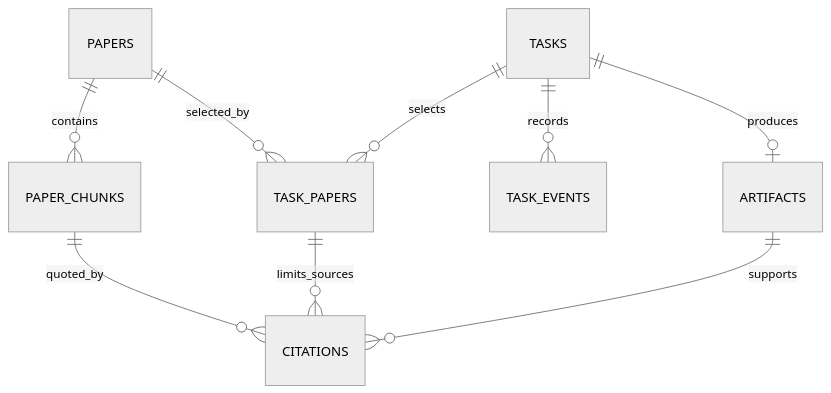
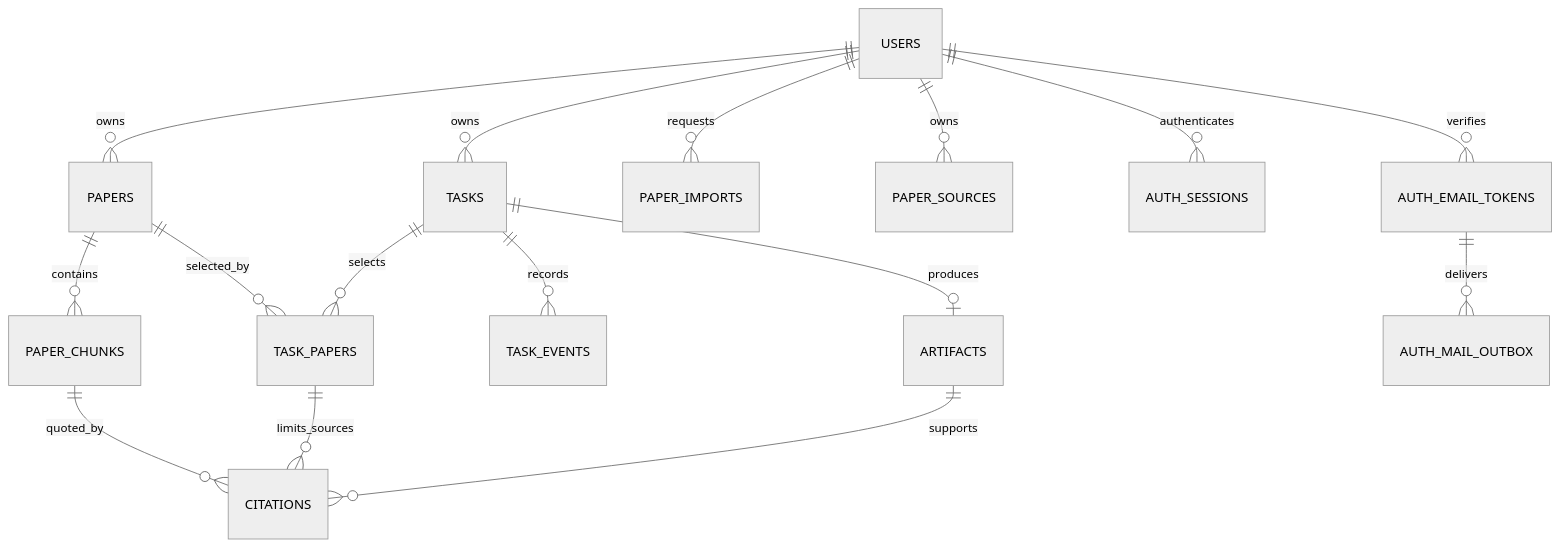
The diagram in docs/database-design.md (YuJian-63/ACS_Project-Literature-Research-Agent-Assistant), drawn with Mermaid (neutral theme) before and after one commit. The commit also changed other lines of this file and 49 other files, not shown here.

````diff
--- a/docs/database-design.md
+++ b/docs/database-design.md
@@ -19,11 +19,18 @@
 ```mermaid
 erDiagram
+    USERS ||--o{ PAPERS : owns
+    USERS ||--o{ TASKS : owns
+    USERS ||--o{ PAPER_IMPORTS : requests
+    USERS ||--o{ PAPER_SOURCES : owns
+    USERS ||--o{ AUTH_SESSIONS : authenticates
+    USERS ||--o{ AUTH_EMAIL_TOKENS : verifies
+    AUTH_EMAIL_TOKENS ||--o{ AUTH_MAIL_OUTBOX : delivers
     PAPERS ||--o{ PAPER_CHUNKS : contains
     PAPERS ||--o{ TASK_PAPERS : selected_by
     TASKS ||--o{ TASK_PAPERS : selects
     TASKS ||--o{ TASK_EVENTS : records
     TASKS ||--o| ARTIFACTS : produces
     ARTIFACTS ||--o{ CITATIONS : supports
     PAPER_CHUNKS ||--o{ CITATIONS : quoted_by
     TASK_PAPERS ||--o{ CITATIONS : limits_sources
 ```
````
